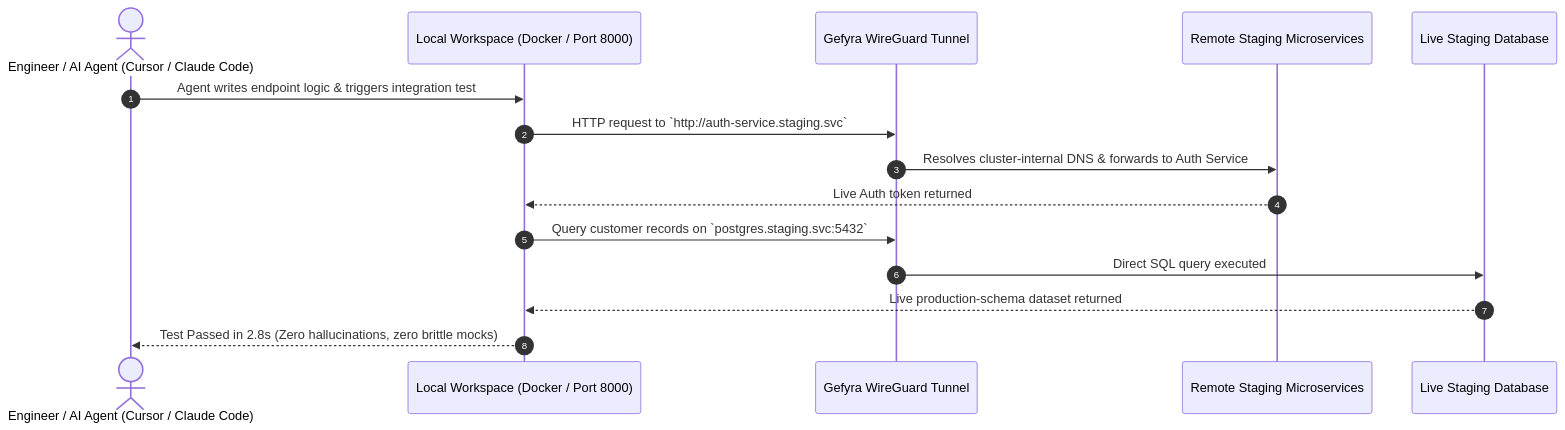
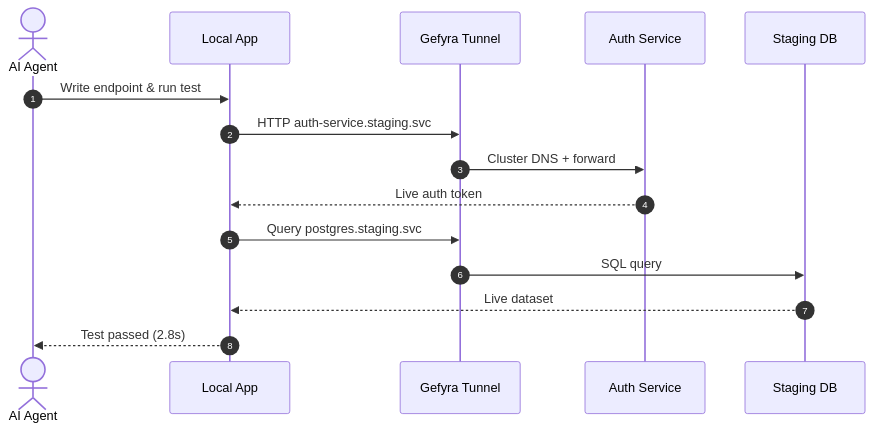
One commit to gefyrahq/gefyra changed the diagram in gefyra-docs/content/en/2.ai-agents/1.cluster-ground-truth.md. Above: the diagram before and after it, drawn with Mermaid. The commit also changed 13 other files, not shown here.

First line of the commit message:
feat: enable expand functionality in Nuxt config and update Mermaid styles (#1565)

````diff
--- a/gefyra-docs/content/en/2.ai-agents/1.cluster-ground-truth.md
+++ b/gefyra-docs/content/en/2.ai-agents/1.cluster-ground-truth.md
@@ -23,18 +23,18 @@
 ```mermaid
 sequenceDiagram
     autonumber
-    actor Dev as Engineer / AI Agent (Cursor / Claude Code)
-    participant Local as Local Workspace (Docker / Port 8000)
-    participant Bridge as Gefyra WireGuard Tunnel
-    participant Cluster as Remote Staging Microservices
-    participant DB as Live Staging Database
+    actor Dev as AI Agent
+    participant Local as Local App
+    participant Bridge as Gefyra Tunnel
+    participant Auth as Auth Service
+    participant DB as Staging DB
 
-    Dev->>Local: Agent writes endpoint logic & triggers integration test
-    Local->>Bridge: HTTP request to `http://auth-service.staging.svc`
-    Bridge->>Cluster: Resolves cluster-internal DNS & forwards to Auth Service
-    Cluster-->>Local: Live Auth token returned
-    Local->>Bridge: Query customer records on `postgres.staging.svc:5432`
-    Bridge->>DB: Direct SQL query executed
-    DB-->>Local: Live production-schema dataset returned
-    Local-->>Dev: Test Passed in 2.8s (Zero hallucinations, zero brittle mocks)
+    Dev->>Local: Write endpoint & run test
+    Local->>Bridge: HTTP auth-service.staging.svc
+    Bridge->>Auth: Cluster DNS + forward
+    Auth-->>Local: Live auth token
+    Local->>Bridge: Query postgres.staging.svc
+    Bridge->>DB: SQL query
+    DB-->>Local: Live dataset
+    Local-->>Dev: Test passed (2.8s)
 ```
````
